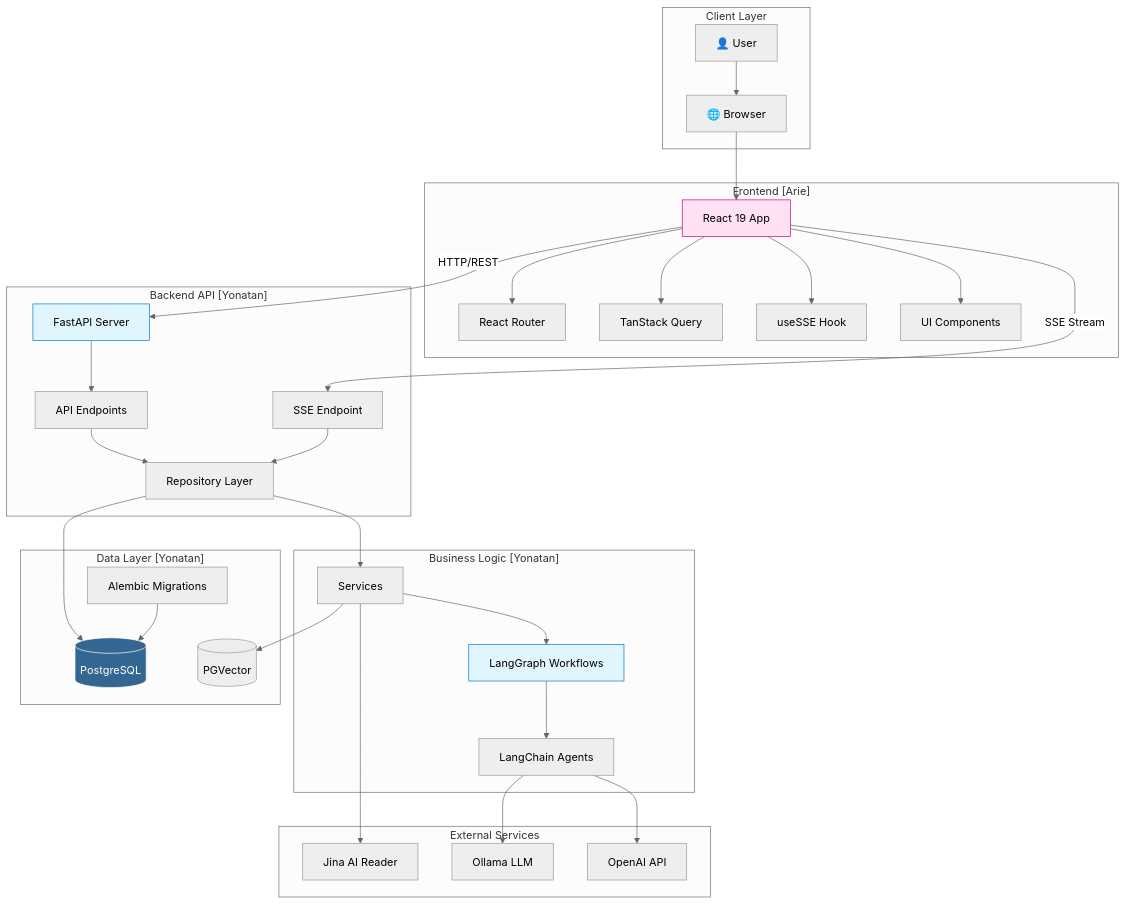
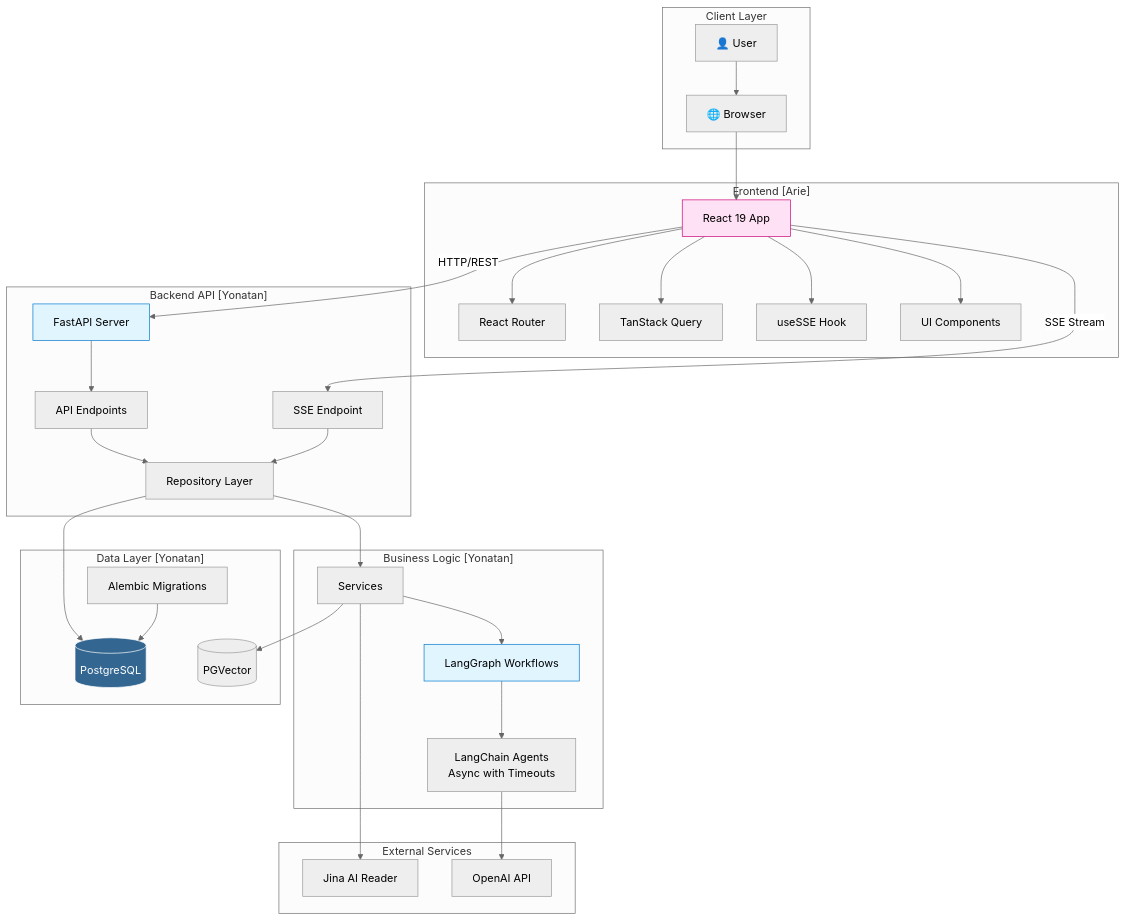
Before and after one commit to ArieGoldkin/SkillForge: the second of 11 diagrams in docs/ARCHITECTURE.md, drawn with Mermaid (neutral theme). The commit also changed other lines of this file and 496 other files, not shown here.

````diff
--- a/docs/ARCHITECTURE.md
+++ b/docs/ARCHITECTURE.md
@@ -105,70 +131,68 @@
 ```mermaid
 graph TB
     subgraph "Client Layer"
         User[👤 User]
         Browser[🌐 Browser]
         User --> Browser
     end
     
     subgraph "Frontend [Arie]"
         React[React 19 App]
         Router[React Router]
         Query[TanStack Query]
         SSE[useSSE Hook]
         Components[UI Components]
         
         Browser --> React
         React --> Router
         React --> Query
         React --> SSE
         React --> Components
     end
     
     subgraph "Backend API [Yonatan]"
         FastAPI[FastAPI Server]
         Endpoints[API Endpoints]
         SSEEndpoint[SSE Endpoint]
         Repos[Repository Layer]
         
         React -->|HTTP/REST| FastAPI
         React -->|SSE Stream| SSEEndpoint
         FastAPI --> Endpoints
         Endpoints --> Repos
         SSEEndpoint --> Repos
     end
     
     subgraph "Business Logic [Yonatan]"
         Services[Services]
         Workflows[LangGraph Workflows]
-        Agents[LangChain Agents]
+        Agents[LangChain Agents<br/>Async with Timeouts]
         
         Repos --> Services
         Services --> Workflows
         Workflows --> Agents
     end
     
     subgraph "Data Layer [Yonatan]"
         PostgreSQL[(PostgreSQL)]
         PGVector[(PGVector)]
         Alembic[Alembic Migrations]
         
         Repos --> PostgreSQL
         Services --> PGVector
         Alembic --> PostgreSQL
     end
     
     subgraph "External Services"
         JinaAI[Jina AI Reader]
-        Ollama[Ollama LLM]
         OpenAI[OpenAI API]
         
         Services --> JinaAI
-        Agents --> Ollama
         Agents --> OpenAI
     end
     
     style React fill:#ffe1f5,stroke:#cc0077
     style FastAPI fill:#e1f5ff,stroke:#0077cc
     style PostgreSQL fill:#336791,stroke:#fff,color:#fff
     style Workflows fill:#e1f5ff,stroke:#0077cc
 ```
````
